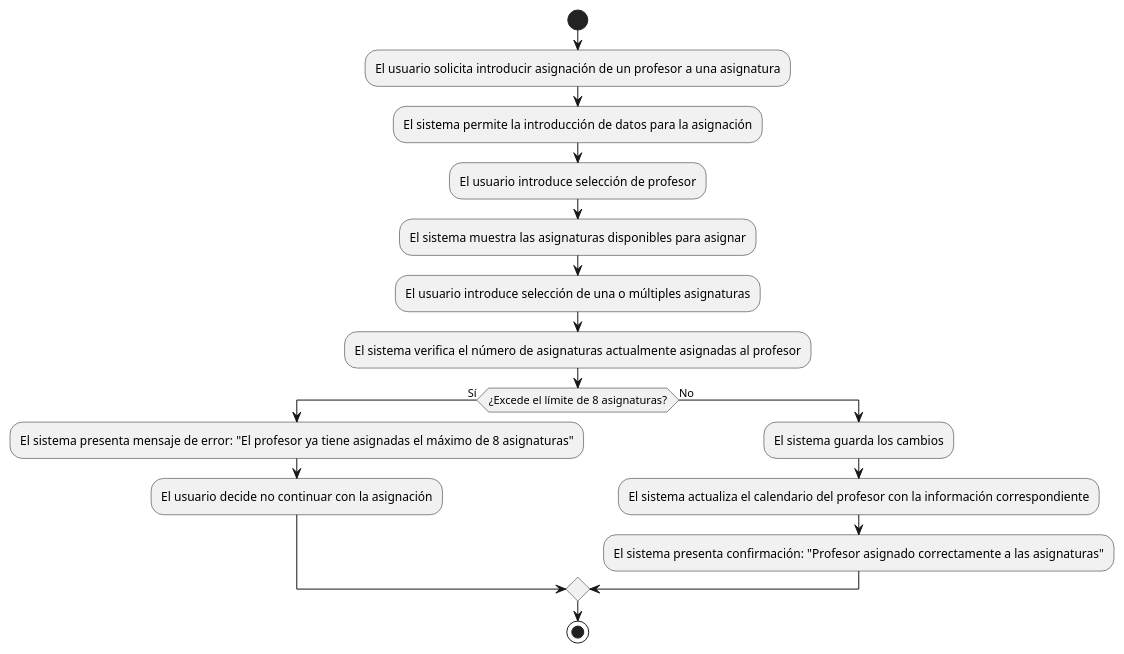
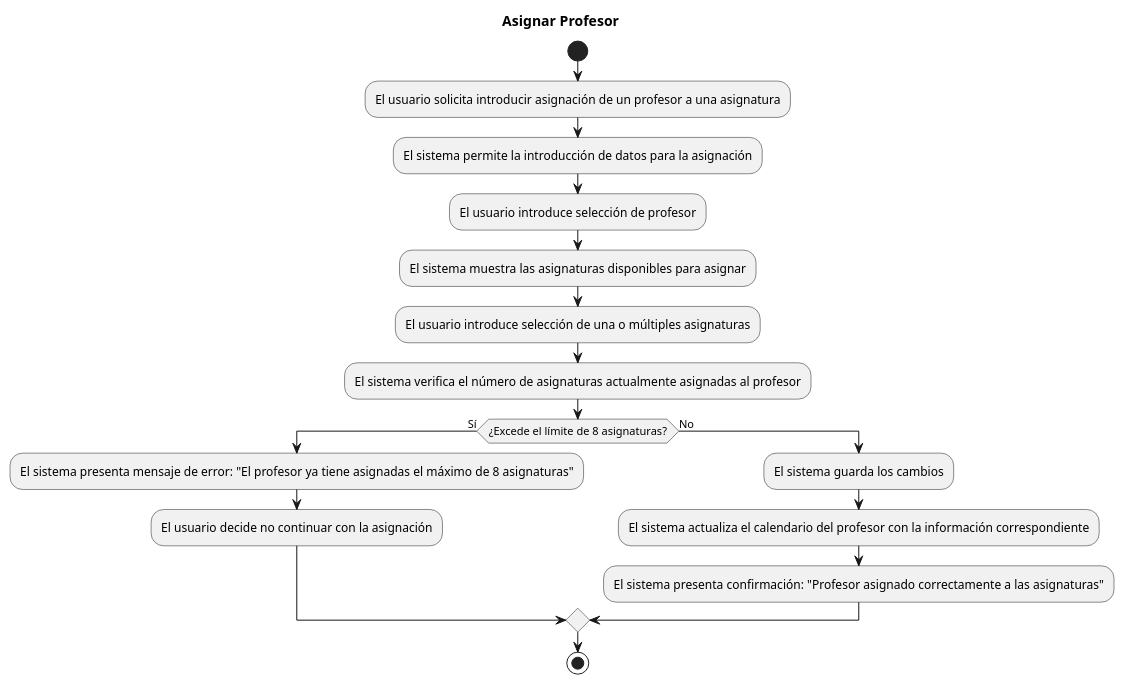
The diagram in casosDeUso/plantUML/AsignarProfesor.puml (mmasias/24-25-IdSw1-SDR), drawn with PlantUML before and after one commit. The commit also changed 41 other files, not shown here.

```diff
--- a/casosDeUso/plantUML/AsignarProfesor.puml
+++ b/casosDeUso/plantUML/AsignarProfesor.puml
@@ -1,18 +1,19 @@
 @startuml
+title Asignar Profesor
 start
 :El usuario solicita introducir asignación de un profesor a una asignatura;
 :El sistema permite la introducción de datos para la asignación;
 :El usuario introduce selección de profesor;
 :El sistema muestra las asignaturas disponibles para asignar;
 :El usuario introduce selección de una o múltiples asignaturas;
 :El sistema verifica el número de asignaturas actualmente asignadas al profesor;
 if (¿Excede el límite de 8 asignaturas?) then (Sí)
   :El sistema presenta mensaje de error: "El profesor ya tiene asignadas el máximo de 8 asignaturas";
   :El usuario decide no continuar con la asignación;
 else (No)
   :El sistema guarda los cambios;
   :El sistema actualiza el calendario del profesor con la información correspondiente;
   :El sistema presenta confirmación: "Profesor asignado correctamente a las asignaturas";
 endif
 stop
 @enduml
```
